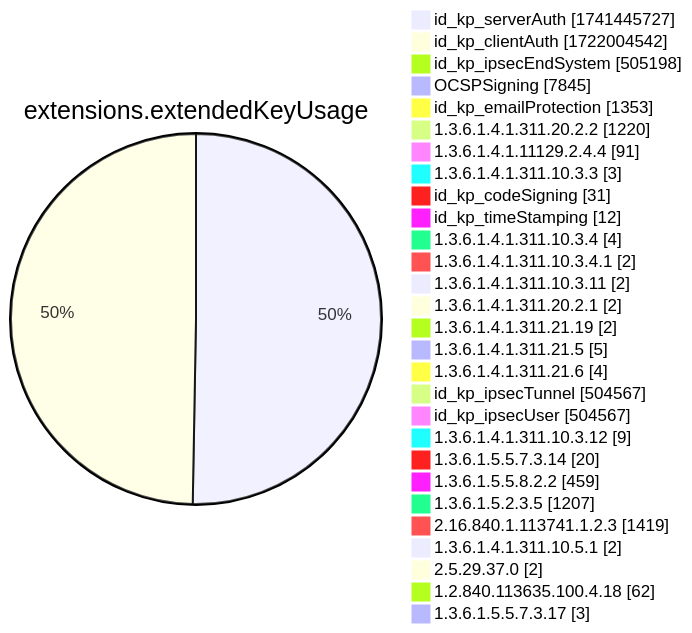
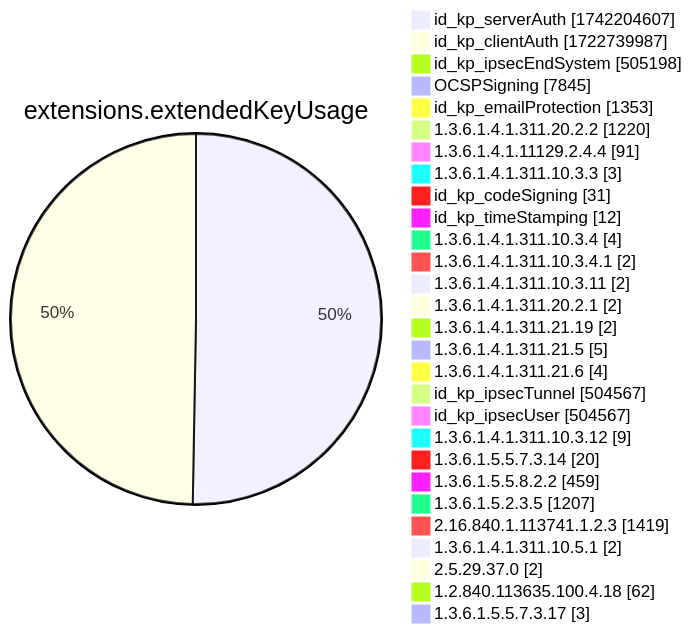
Diagram 12 of 15 in xenon2022/README.md (christiankrug/ctmonitor_visualization), drawn with Mermaid before and after one commit. The commit also changed other lines of this file, not shown here.

````diff
--- a/xenon2022/README.md
+++ b/xenon2022/README.md
@@ -3892,32 +3892,32 @@
 ```mermaid
 pie showData
 title extensions.extendedKeyUsage
-"id_kp_serverAuth" :1741445727
-"id_kp_clientAuth" :1722004542
+"id_kp_serverAuth" :1742204607
+"id_kp_clientAuth" :1722739987
 "id_kp_ipsecEndSystem" :505198
 "OCSPSigning" :7845
 "id_kp_emailProtection" :1353
 "1.3.6.1.4.1.311.20.2.2" :1220
 "1.3.6.1.4.1.11129.2.4.4" :91
 "1.3.6.1.4.1.311.10.3.3" :3
 "id_kp_codeSigning" :31
 "id_kp_timeStamping" :12
 "1.3.6.1.4.1.311.10.3.4" :4
 "1.3.6.1.4.1.311.10.3.4.1" :2
 "1.3.6.1.4.1.311.10.3.11" :2
 "1.3.6.1.4.1.311.20.2.1" :2
 "1.3.6.1.4.1.311.21.19" :2
 "1.3.6.1.4.1.311.21.5" :5
 "1.3.6.1.4.1.311.21.6" :4
 "id_kp_ipsecTunnel" :504567
 "id_kp_ipsecUser" :504567
 "1.3.6.1.4.1.311.10.3.12" :9
 "1.3.6.1.5.5.7.3.14" :20
 "1.3.6.1.5.5.8.2.2" :459
 "1.3.6.1.5.2.3.5" :1207
 "2.16.840.1.113741.1.2.3" :1419
 "1.3.6.1.4.1.311.10.5.1" :2
 "2.5.29.37.0" :2
 "1.2.840.113635.100.4.18" :62
 "1.3.6.1.5.5.7.3.17" :3
 ```
````
